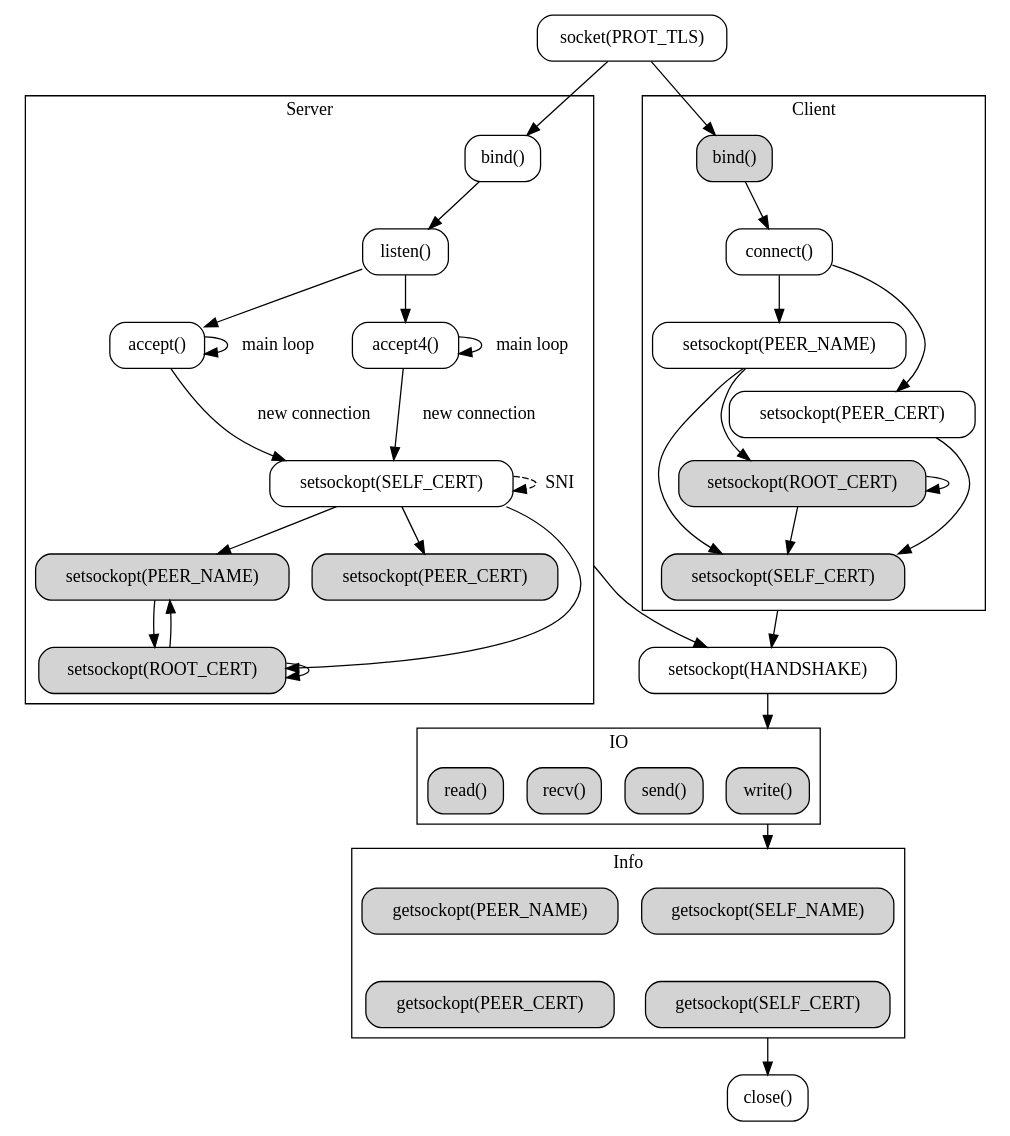
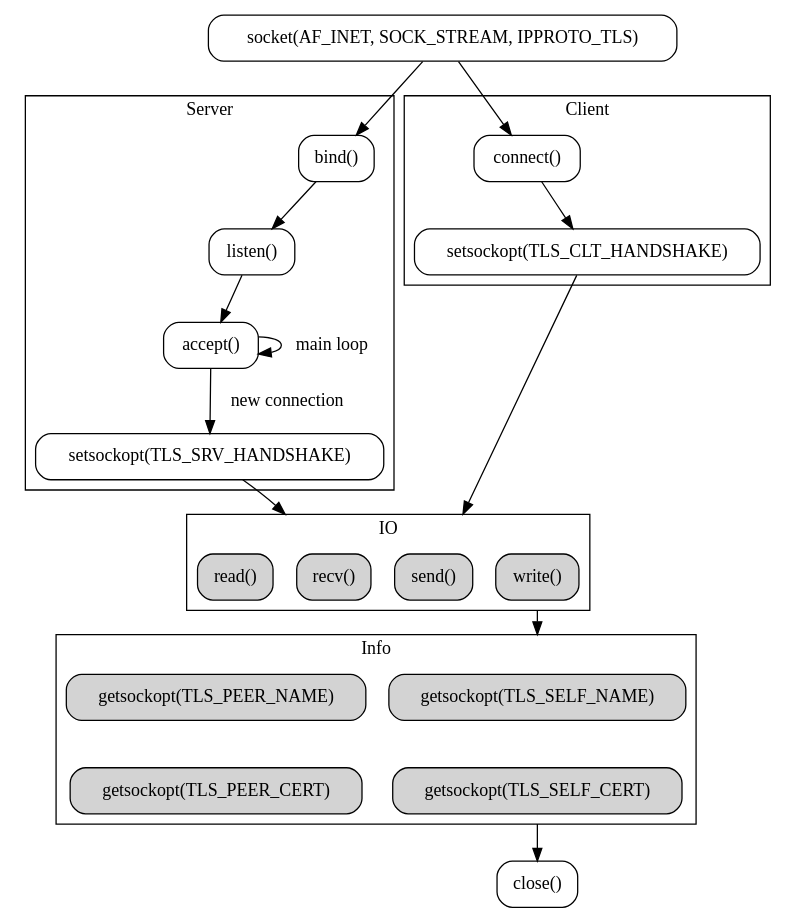
The diagram in workflow.dot (enarx-archive/tlssock), drawn with Graphviz before and after one commit.

Commit message:
Match graph to latest code

```diff
--- a/workflow.dot
+++ b/workflow.dot
@@ -1,88 +1,49 @@
 digraph Workflow {
   compound=true;
   node [style=rounded, shape=box];
 
   subgraph cluster_info {
     node [style="rounded,filled", shape=box];
     edge [style=invis];
     label=Info;
 
-    "getsockopt(SELF_NAME)" -> "getsockopt(SELF_CERT)";
-    "getsockopt(PEER_NAME)" -> "getsockopt(PEER_CERT)";
+    "getsockopt(TLS_SELF_NAME)" -> "getsockopt(TLS_SELF_CERT)";
+    "getsockopt(TLS_PEER_NAME)" -> "getsockopt(TLS_PEER_CERT)";
   }
 
   subgraph cluster_io {
     node [style="rounded,filled", shape=box];
     label=IO;
 
     "write()";
     "send()";
     "recv()";
     "read()";
   }
 
   subgraph cluster_srv {
     label=Server;
 
-    srv_bind [label="bind()"];
-    srv_self_cert [label="setsockopt(SELF_CERT)"];
-    srv_peer_name [label="setsockopt(PEER_NAME)",style="rounded,filled"];
-    srv_peer_cert [label="setsockopt(PEER_CERT)",style="rounded,filled"];
-    srv_root_cert [label="setsockopt(ROOT_CERT)",style="rounded,filled"];
-
-    srv_bind -> "listen()";
+    "bind()" -> "listen()";
 
     "listen()" -> "accept()";
     "accept()" -> "accept()" [label=" main loop "];
-    "accept()" -> srv_self_cert [label=" new connection "];
-
-    "listen()" -> "accept4()";
-    "accept4()" -> "accept4()" [label=" main loop "];
-    "accept4()" -> srv_self_cert [label=" new connection "];
-
-    srv_self_cert -> srv_self_cert [label=" SNI ", style=dashed];
-
-    srv_self_cert -> srv_peer_name;
-    srv_self_cert -> srv_peer_cert;
-    srv_self_cert -> srv_root_cert;
-
-    srv_peer_name -> srv_root_cert;
-    srv_root_cert -> srv_peer_name;
-
-    srv_root_cert -> srv_root_cert;
+    "accept()" -> "setsockopt(TLS_SRV_HANDSHAKE)" [label=" new connection "];
   }
 
   subgraph cluster_clt {
     label=Client;
 
-    clt_bind [label="bind()",style="rounded,filled"];
-    clt_peer_name [label="setsockopt(PEER_NAME)"];
-    clt_peer_cert [label="setsockopt(PEER_CERT)"];
-    clt_self_cert [label="setsockopt(SELF_CERT)",style="rounded,filled"];
-    clt_root_cert [label="setsockopt(ROOT_CERT)",style="rounded,filled"];
-
-    clt_bind -> "connect()";
-    "connect()" -> clt_peer_cert;
-    clt_peer_cert -> clt_self_cert;
-
-    "connect()" -> clt_peer_name;
-    clt_peer_name -> clt_root_cert;
-    clt_peer_name -> clt_self_cert;
-    clt_root_cert -> clt_self_cert;
-
-    clt_root_cert -> clt_root_cert;
+    "connect()" -> "setsockopt(TLS_CLT_HANDSHAKE)";
   }
 
-  "socket(PROT_TLS)" -> srv_bind;
-  "socket(PROT_TLS)" -> clt_bind;
+  "socket(AF_INET, SOCK_STREAM, IPPROTO_TLS)" -> "bind()";
+  "socket(AF_INET, SOCK_STREAM, IPPROTO_TLS)" -> "connect()";
 
-  srv_self_cert -> "setsockopt(HANDSHAKE)" [ltail=cluster_srv];
-  clt_self_cert -> "setsockopt(HANDSHAKE)" [ltail=cluster_clt];
+  "setsockopt(TLS_SRV_HANDSHAKE)" -> "recv()" [lhead=cluster_io];
+  "setsockopt(TLS_CLT_HANDSHAKE)" -> "send()" [lhead=cluster_io];
 
+  "write()" -> "getsockopt(TLS_SELF_NAME)" [ltail=cluster_io,lhead=cluster_info];
 
-  "setsockopt(HANDSHAKE)" -> "write()" [lhead=cluster_io];
-
-  "write()" -> "getsockopt(SELF_NAME)" [ltail=cluster_io,lhead=cluster_info];
-
-  "getsockopt(SELF_CERT)" -> "close()" [ltail=cluster_info];
+  "getsockopt(TLS_SELF_CERT)" -> "close()" [ltail=cluster_info];
 }
```
